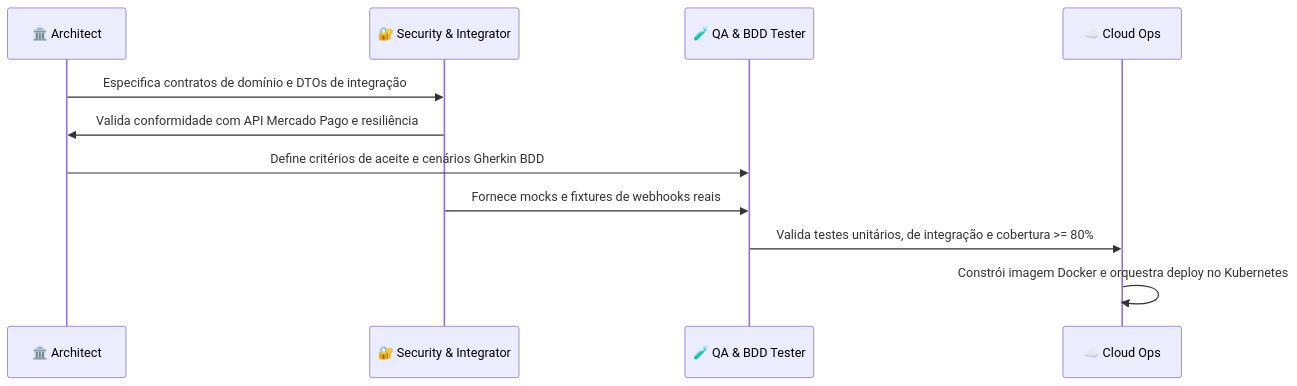
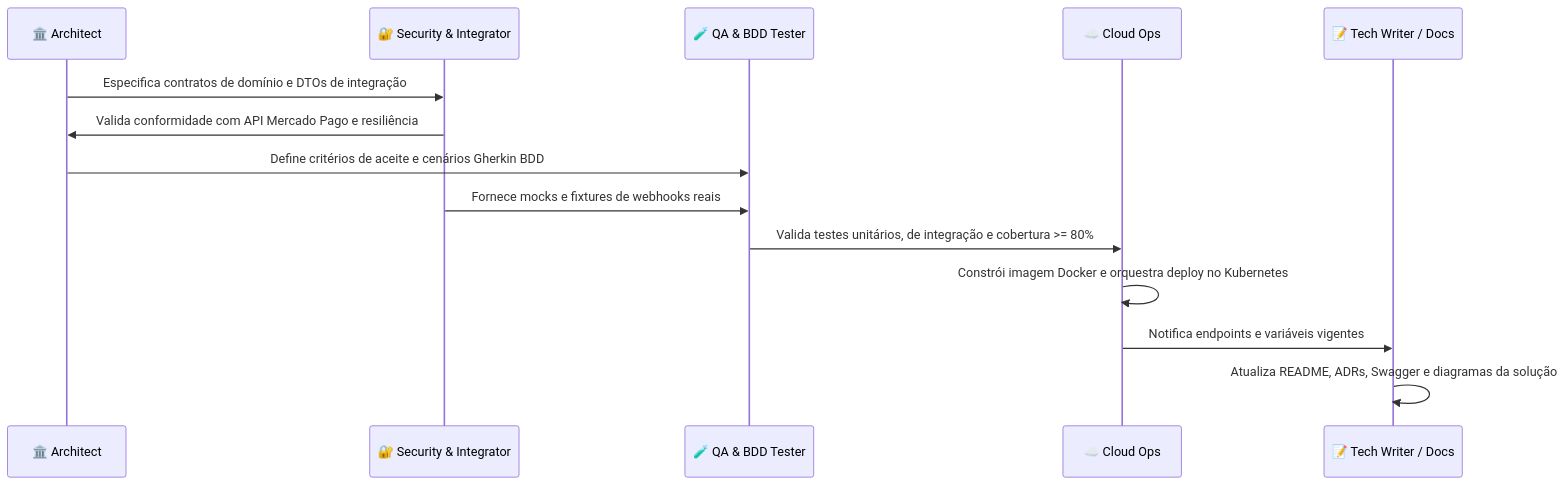
Before and after one commit to SOAT-FIAP-2026/techchallenge-billing-service: the diagram in AGENTS.md, drawn with Mermaid. The commit also changed other lines of this file and 4 other files, not shown here.

````diff
--- a/AGENTS.md
+++ b/AGENTS.md
@@ -94,14 +113,17 @@
 ```mermaid
 sequenceDiagram
     participant ARC as 🏛️ Architect
     participant INT as 🔐 Security & Integrator
     participant QA as 🧪 QA & BDD Tester
     participant OPS as ☁️ Cloud Ops
+    participant DOCS as 📝 Tech Writer / Docs
 
     ARC->>INT: Especifica contratos de domínio e DTOs de integração
     INT->>ARC: Valida conformidade com API Mercado Pago e resiliência
     ARC->>QA: Define critérios de aceite e cenários Gherkin BDD
     INT->>QA: Fornece mocks e fixtures de webhooks reais
     QA->>OPS: Valida testes unitários, de integração e cobertura >= 80%
     OPS->>OPS: Constrói imagem Docker e orquestra deploy no Kubernetes
+    OPS->>DOCS: Notifica endpoints e variáveis vigentes
+    DOCS->>DOCS: Atualiza README, ADRs, Swagger e diagramas da solução
 ```
````
